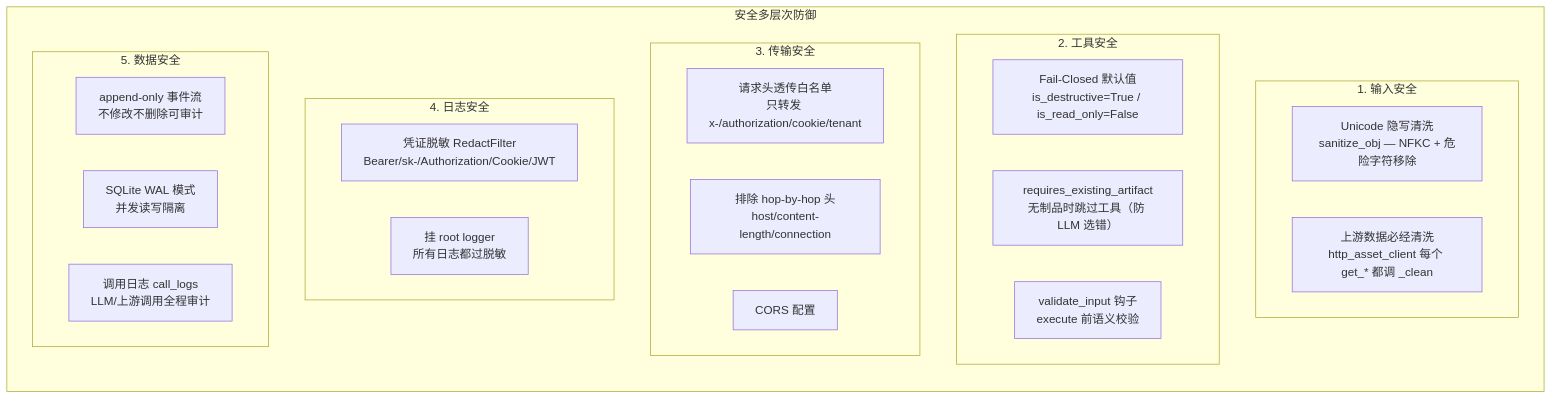
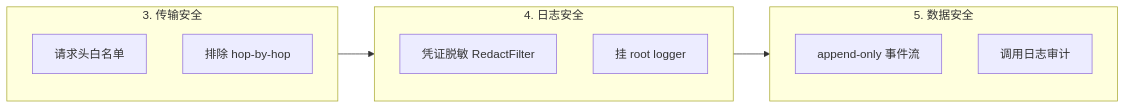
One commit to 996Code/llm-to-modeler changed diagram 26 of 27 in doc/系统架构与学习指南.md. Above: the diagram before and after it, drawn with Mermaid. The commit also changed other lines of this file, not shown here.

First line of the commit message:
docs: 深度解析 interrupt/resume 机制 + 拆分所有大图

````diff
--- a/doc/系统架构与学习指南.md
+++ b/doc/系统架构与学习指南.md
@@ -766,39 +863,16 @@
 ```mermaid
-graph TB
-    subgraph Security["安全多层次防御"]
-        direction TB
-
-        subgraph L1["1. 输入安全"]
-            direction LR
-            L1a["Unicode 隐写清洗<br/>sanitize_obj — NFKC + 危险字符移除"]
-            L1b["上游数据必经清洗<br/>http_asset_client 每个 get_* 都调 _clean"]
-        end
-
-        subgraph L2["2. 工具安全"]
-            direction LR
-            L2a["Fail-Closed 默认值<br/>is_destructive=True / is_read_only=False"]
-            L2b["requires_existing_artifact<br/>无制品时跳过工具（防 LLM 选错）"]
-            L2c["validate_input 钩子<br/>execute 前语义校验"]
-        end
-
-        subgraph L3["3. 传输安全"]
-            direction LR
-            L3a["请求头透传白名单<br/>只转发 x-/authorization/cookie/tenant"]
-            L3b["排除 hop-by-hop 头<br/>host/content-length/connection"]
-            L3c["CORS 配置"]
-        end
-
-        subgraph L4["4. 日志安全"]
-            direction LR
-            L4a["凭证脱敏 RedactFilter<br/>Bearer/sk-/Authorization/Cookie/JWT"]
-            L4b["挂 root logger<br/>所有日志都过脱敏"]
-        end
-
-        subgraph L5["5. 数据安全"]
-            direction LR
-            L5a["append-only 事件流<br/>不修改不删除可审计"]
-            L5b["SQLite WAL 模式<br/>并发读写隔离"]
-            L5c["调用日志 call_logs<br/>LLM/上游调用全程审计"]
-        end
+flowchart LR
+    subgraph L3["3. 传输安全"]
+        L3a["请求头白名单"]
+        L3b["排除 hop-by-hop"]
     end
+    subgraph L4["4. 日志安全"]
+        L4a["凭证脱敏 RedactFilter"]
+        L4b["挂 root logger"]
+    end
+    subgraph L5["5. 数据安全"]
+        L5a["append-only 事件流"]
+        L5b["调用日志审计"]
+    end
+    L3 --> L4 --> L5
 ```
````
